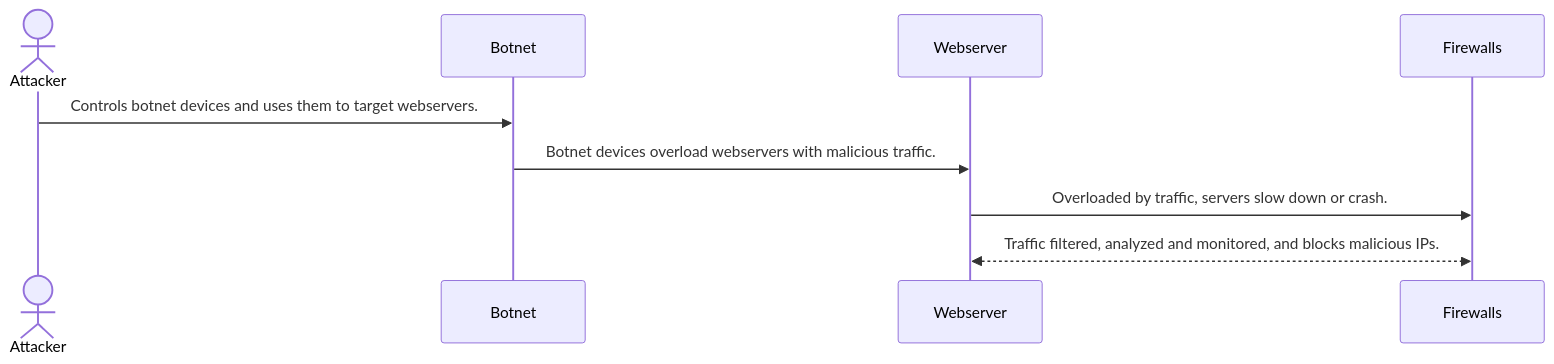
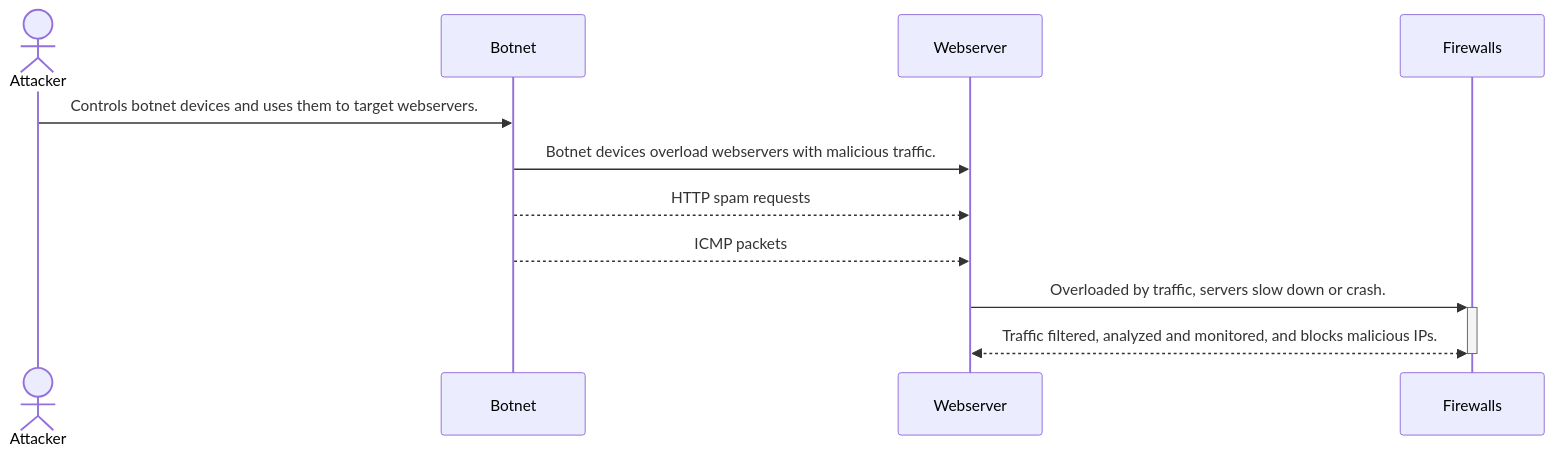
The diagram in DDoS_Attack_Sequence.md (jdignam/jdignam.github.io), drawn with Mermaid before and after one commit.

````diff
--- a/DDoS_Attack_Sequence.md
+++ b/DDoS_Attack_Sequence.md
@@ -2,9 +2,11 @@
 ```mermaid
 sequenceDiagram
 Actor Attacker
 Attacker->>Botnet: Controls botnet devices and uses them to target webservers.
 Botnet->>Webserver: Botnet devices overload webservers with malicious traffic.
+Botnet-->>Webserver: HTTP spam requests
+Botnet-->>Webserver: ICMP packets
 participant Webserver
-Webserver->>Firewalls: Overloaded by traffic, servers slow down or crash.
-Firewalls<<-->>Webserver: Traffic filtered, analyzed and monitored, and blocks malicious IPs.
+Webserver->>+Firewalls: Overloaded by traffic, servers slow down or crash.
+Firewalls<<-->>-Webserver: Traffic filtered, analyzed and monitored, and blocks malicious IPs.
 ```
````
